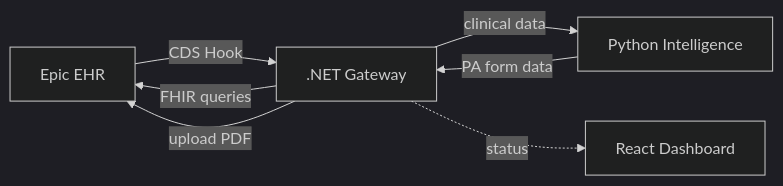
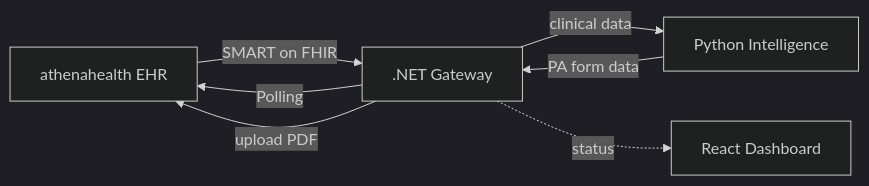
The first of 2 diagrams in docs/ARCHITECTURE.md (lvlup-sw/authscript), drawn with Mermaid (dark theme) before and after one commit. The commit also changed other lines of this file and 55 other files, not shown here.

````diff
--- a/docs/ARCHITECTURE.md
+++ b/docs/ARCHITECTURE.md
@@ -7,9 +7,9 @@
 ```mermaid
 graph LR
-    Epic[Epic EHR] -->|CDS Hook| Gateway[.NET Gateway]
-    Gateway -->|FHIR queries| Epic
+    Athena[athenahealth EHR] -->|SMART on FHIR| Gateway[.NET Gateway]
+    Gateway -->|Polling| Athena
     Gateway -->|clinical data| Intelligence[Python Intelligence]
     Intelligence -->|PA form data| Gateway
-    Gateway -->|upload PDF| Epic
+    Gateway -->|upload PDF| Athena
     Gateway -.->|status| Dashboard[React Dashboard]
 ```
````
